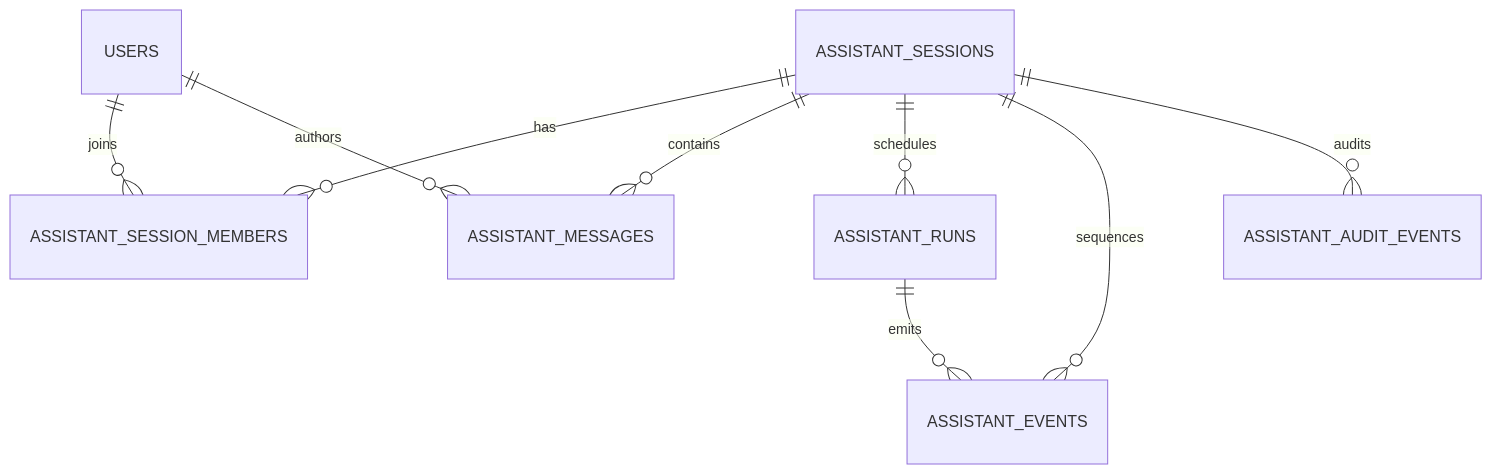
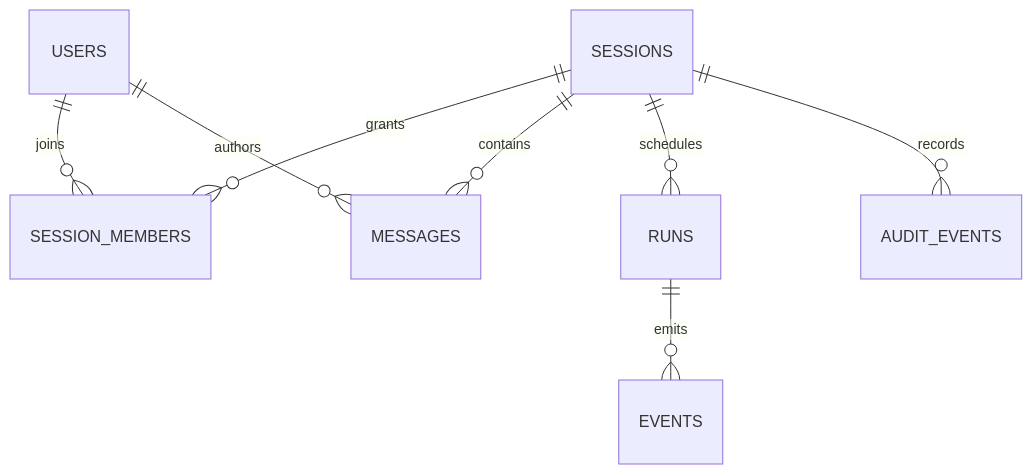
One commit to HBCN-AI-Campaign/HBCN-AI-Campaign-Team8 changed the fourth of 5 diagrams in docs/ai-assistant/多人协作AI对话调研与优化方案.md. Above: the diagram before and after it, drawn with Mermaid. The commit also changed other lines of this file and 2 other files, not shown here.

Commit message:
assistant: 建立慧眼助手文档分层规划

````diff
--- a/docs/ai-assistant/多人协作AI对话调研与优化方案.md
+++ b/docs/ai-assistant/多人协作AI对话调研与优化方案.md
@@ -122,11 +116,10 @@
 ```mermaid
 erDiagram
-  ASSISTANT_SESSIONS ||--o{ ASSISTANT_SESSION_MEMBERS : has
-  USERS ||--o{ ASSISTANT_SESSION_MEMBERS : joins
-  ASSISTANT_SESSIONS ||--o{ ASSISTANT_MESSAGES : contains
-  ASSISTANT_SESSIONS ||--o{ ASSISTANT_RUNS : schedules
-  ASSISTANT_RUNS ||--o{ ASSISTANT_EVENTS : emits
-  ASSISTANT_SESSIONS ||--o{ ASSISTANT_EVENTS : sequences
-  ASSISTANT_SESSIONS ||--o{ ASSISTANT_AUDIT_EVENTS : audits
-  USERS ||--o{ ASSISTANT_MESSAGES : authors
+  USERS ||--o{ SESSION_MEMBERS : joins
+  SESSIONS ||--o{ SESSION_MEMBERS : grants
+  SESSIONS ||--o{ MESSAGES : contains
+  USERS ||--o{ MESSAGES : authors
+  SESSIONS ||--o{ RUNS : schedules
+  RUNS ||--o{ EVENTS : emits
+  SESSIONS ||--o{ AUDIT_EVENTS : records
 ```
````
